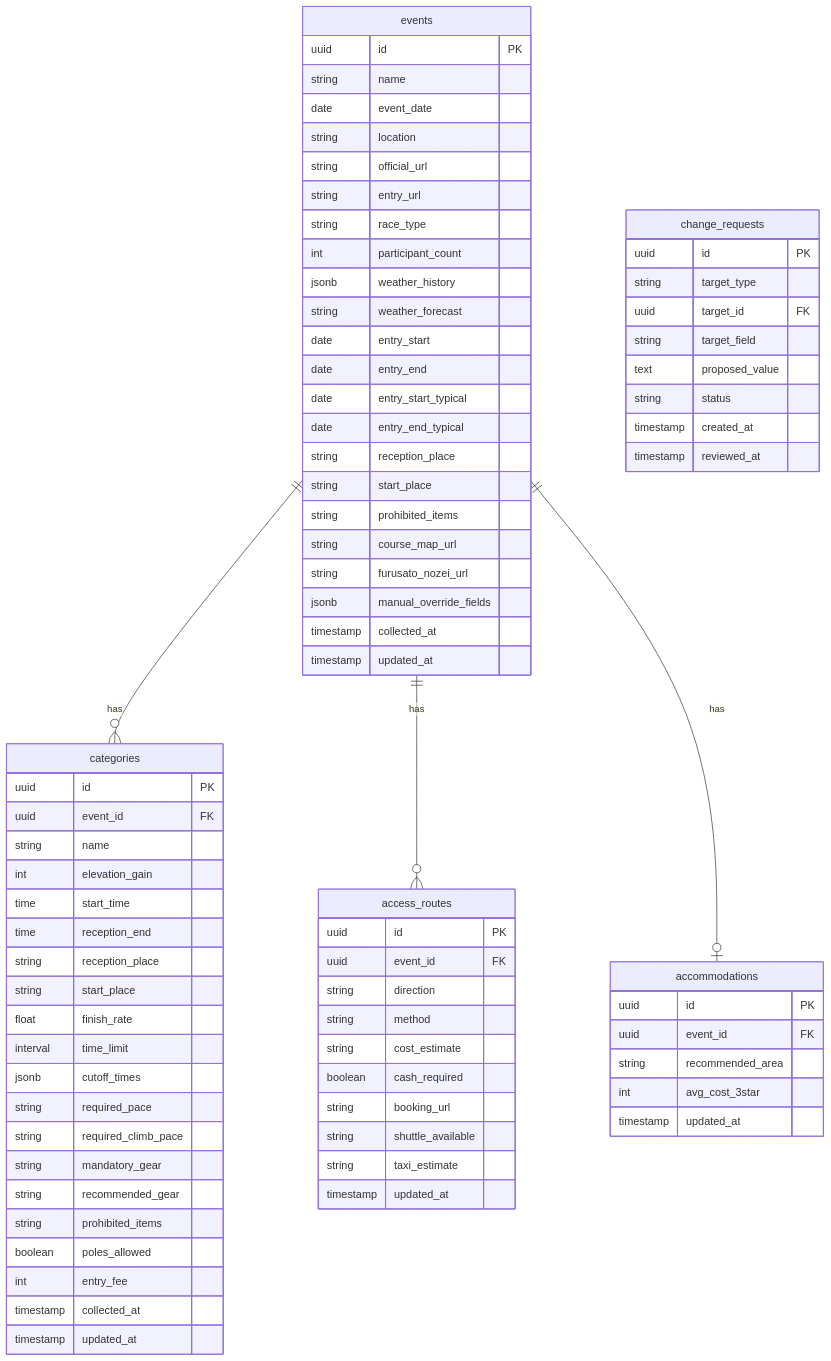
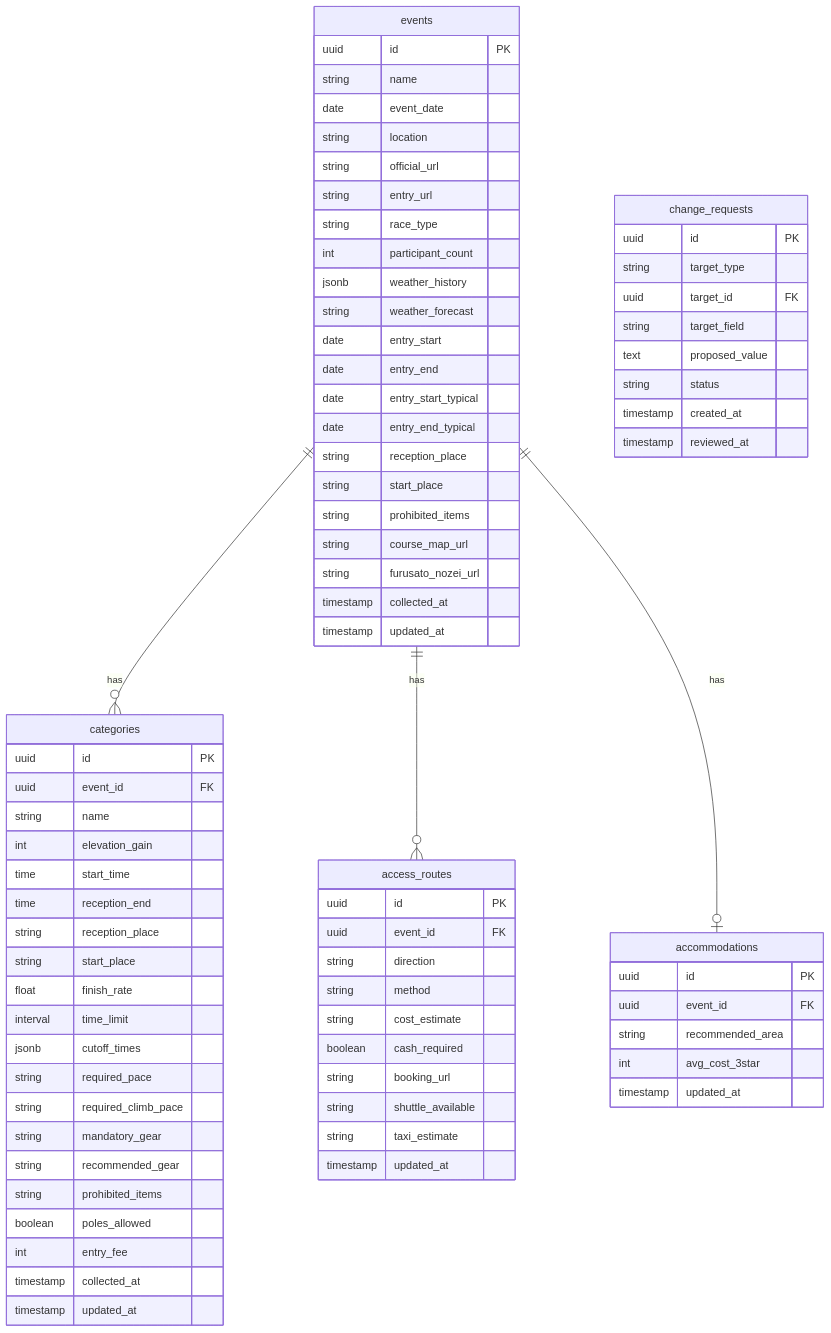
The first of 2 diagrams in docs/SPEC_DATA_STRUCTURE.md (bokuno-studio/YabaiTravel), drawn with Mermaid before and after one commit. The commit also changed other lines of this file and 2 other files, not shown here.

```diff
--- a/docs/SPEC_DATA_STRUCTURE.md
+++ b/docs/SPEC_DATA_STRUCTURE.md
@@ -29,7 +29,6 @@
         string prohibited_items
         string course_map_url
         string furusato_nozei_url
-        jsonb manual_override_fields
         timestamp collected_at
         timestamp updated_at
     }
```
